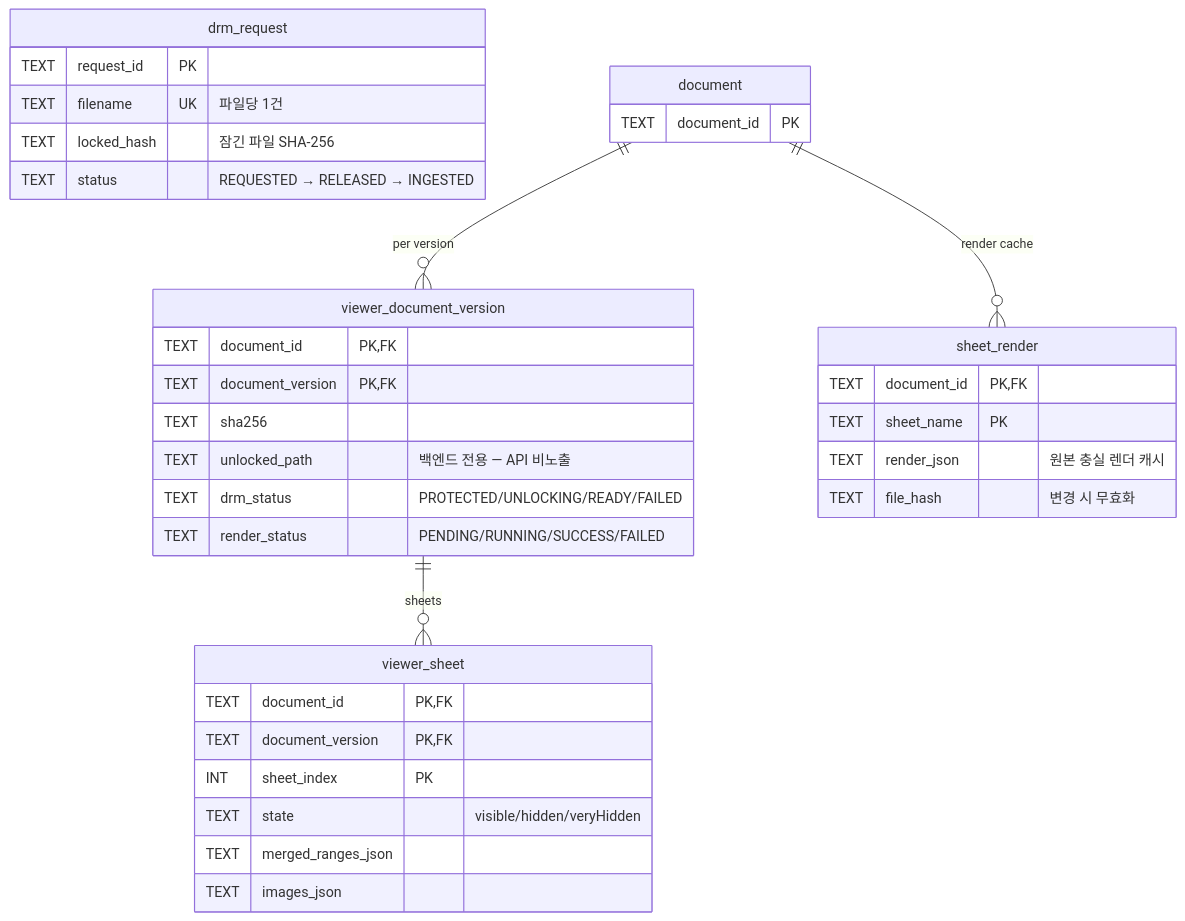
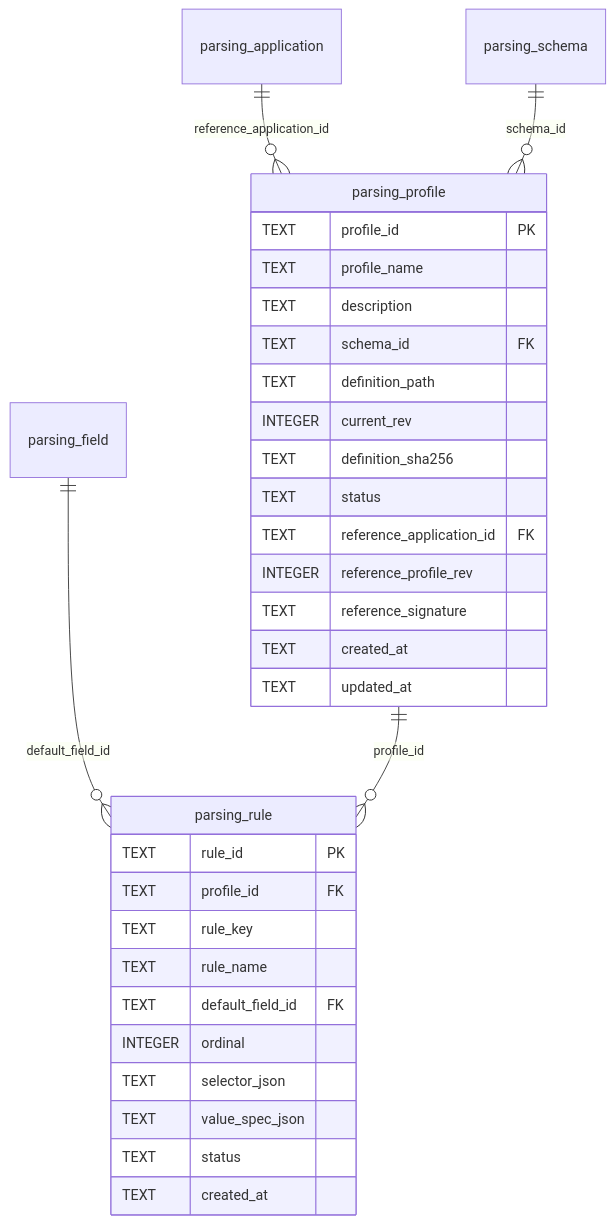
The third of 11 diagrams in docs/ARCHITECTURE.md (ujajuck/data_gathering), drawn with Mermaid before and after one commit. The commit also changed other lines of this file and 305 other files, not shown here.

First line of the commit message:
레거시 제거와 개명 — v1·v2 런타임과 이관 도구 삭제, kg에서 schema로, 작업 공간 경로 정리

````diff
--- a/docs/ARCHITECTURE.md
+++ b/docs/ARCHITECTURE.md
@@ -211,36 +169,34 @@
 ```mermaid
 erDiagram
-    drm_request {
-        TEXT request_id PK
-        TEXT filename UK "파일당 1건"
-        TEXT locked_hash "잠긴 파일 SHA-256"
-        TEXT status "REQUESTED → RELEASED → INGESTED"
+    parsing_profile {
+        TEXT profile_id PK
+        TEXT profile_name
+        TEXT description
+        TEXT schema_id FK
+        TEXT definition_path
+        INTEGER current_rev
+        TEXT definition_sha256
+        TEXT status
+        TEXT reference_application_id FK
+        INTEGER reference_profile_rev
+        TEXT reference_signature
+        TEXT created_at
+        TEXT updated_at
     }
-    viewer_document_version {
-        TEXT document_id PK,FK
-        TEXT document_version PK,FK
-        TEXT sha256
-        TEXT unlocked_path "백엔드 전용 — API 비노출"
-        TEXT drm_status "PROTECTED/UNLOCKING/READY/FAILED"
-        TEXT render_status "PENDING/RUNNING/SUCCESS/FAILED"
+    parsing_rule {
+        TEXT rule_id PK
+        TEXT profile_id FK
+        TEXT rule_key
+        TEXT rule_name
+        TEXT default_field_id FK
+        INTEGER ordinal
+        TEXT selector_json
+        TEXT value_spec_json
+        TEXT status
+        TEXT created_at
     }
-    viewer_sheet {
-        TEXT document_id PK,FK
-        TEXT document_version PK,FK
-        INT  sheet_index PK
-        TEXT state "visible/hidden/veryHidden"
-        TEXT merged_ranges_json
-        TEXT images_json
-    }
-    sheet_render {
-        TEXT document_id PK,FK
-        TEXT sheet_name PK
-        TEXT render_json "원본 충실 렌더 캐시"
-        TEXT file_hash "변경 시 무효화"
-    }
-    document { TEXT document_id PK }
-
-    document ||--o{ viewer_document_version : "per version"
-    viewer_document_version ||--o{ viewer_sheet : sheets
-    document ||--o{ sheet_render : "render cache"
+    parsing_application ||--o{ parsing_profile : "reference_application_id"
+    parsing_schema ||--o{ parsing_profile : "schema_id"
+    parsing_field ||--o{ parsing_rule : "default_field_id"
+    parsing_profile ||--o{ parsing_rule : "profile_id"
 ```
````
